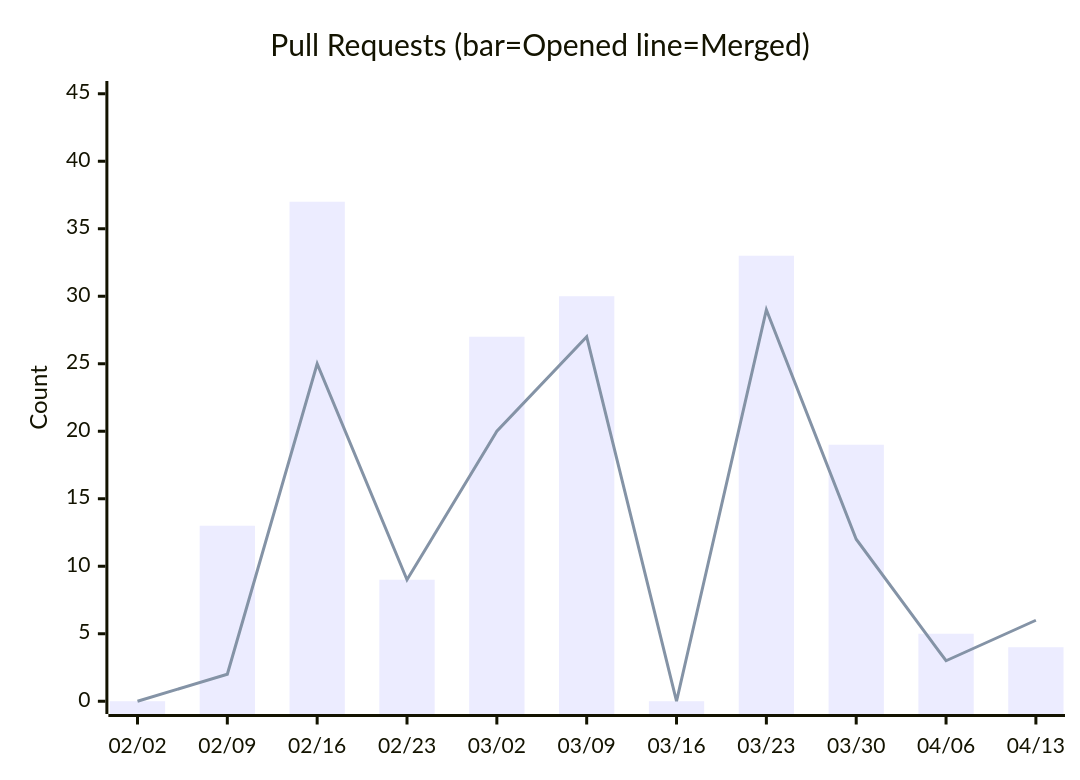
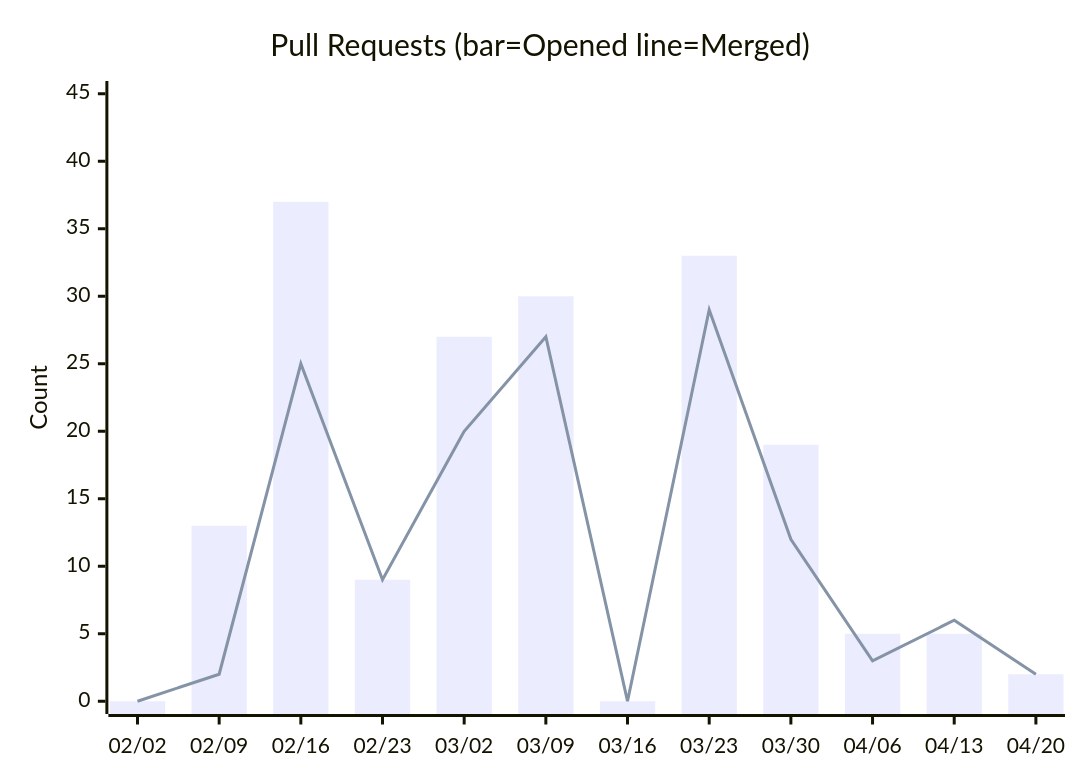
One commit to nablarch/nabledge-dev changed the sixth of 14 diagrams in docs/metrics.md. Above: the diagram before and after it, drawn with Mermaid. The commit also changed other lines of this file and 2 other files, not shown here.

````diff
--- a/docs/metrics.md
+++ b/docs/metrics.md
@@ -100,8 +100,8 @@
 ```mermaid
 xychart-beta
   title "Pull Requests (bar=Opened  line=Merged)"
-  x-axis ["02/02", "02/09", "02/16", "02/23", "03/02", "03/09", "03/16", "03/23", "03/30", "04/06", "04/13"]
+  x-axis ["02/02", "02/09", "02/16", "02/23", "03/02", "03/09", "03/16", "03/23", "03/30", "04/06", "04/13", "04/20"]
   y-axis "Count" 0 --> 45
-  bar [0, 13, 37, 9, 27, 30, 0, 33, 19, 5, 4]
-  line [0, 2, 25, 9, 20, 27, 0, 29, 12, 3, 6]
+  bar [0, 13, 37, 9, 27, 30, 0, 33, 19, 5, 5, 2]
+  line [0, 2, 25, 9, 20, 27, 0, 29, 12, 3, 6, 2]
 ```
````
